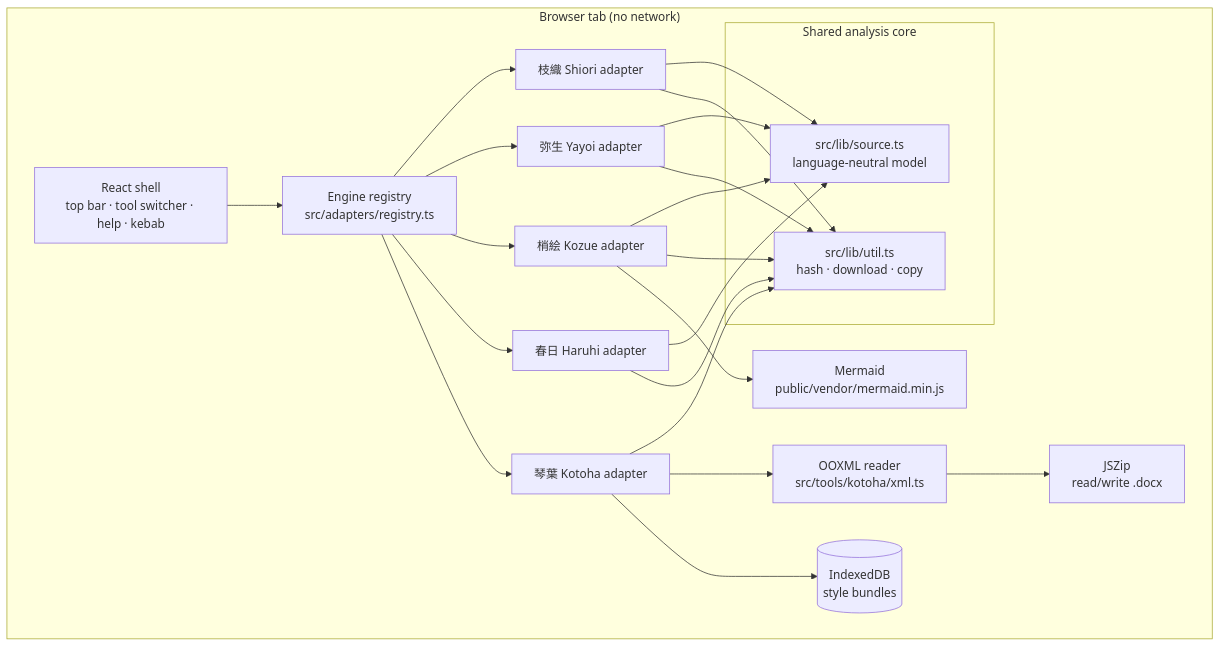
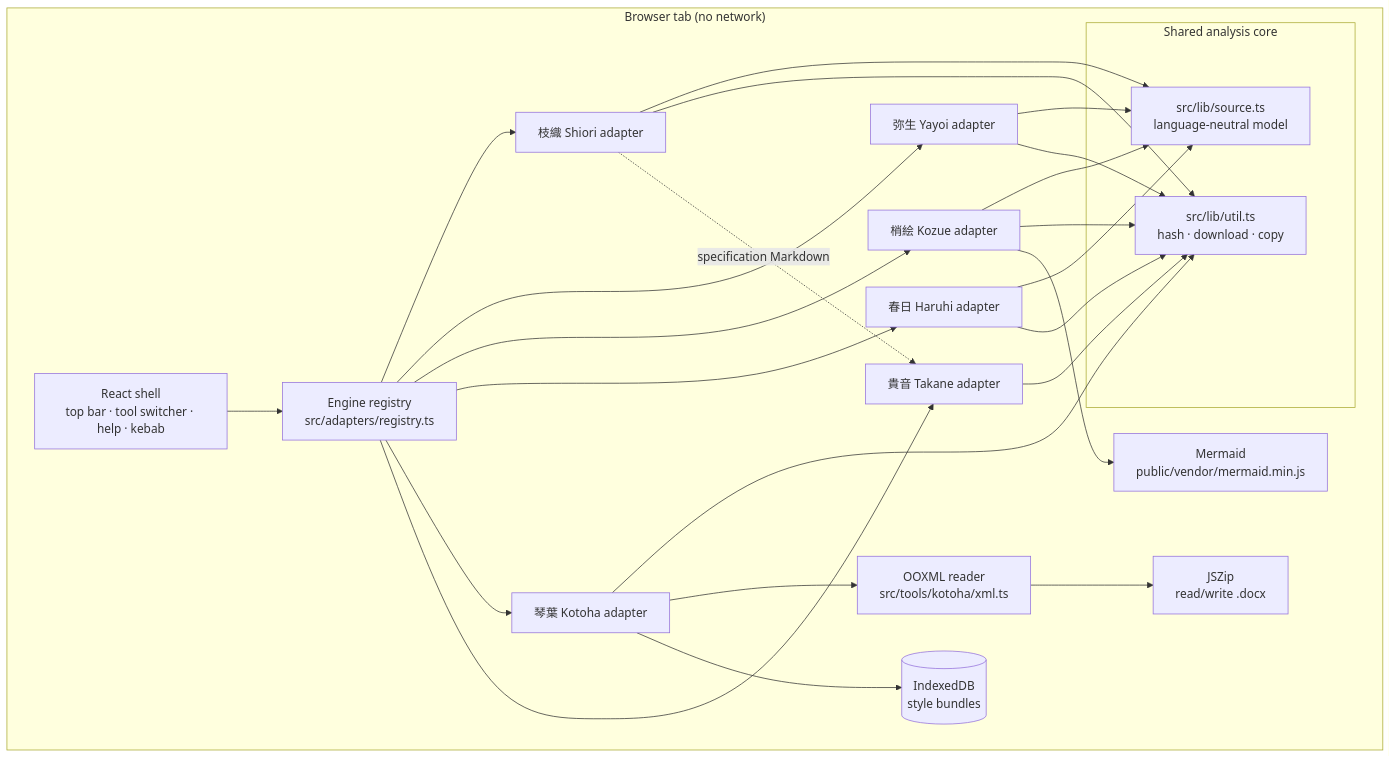
One commit to HyangDan2/ADOP0001 changed the first of 6 diagrams in ARCHITECTURE.md. Above: the diagram before and after it, drawn with Mermaid. The commit also changed other lines of this file and 30 other files, not shown here.

````diff
--- a/ARCHITECTURE.md
+++ b/ARCHITECTURE.md
@@ -14,27 +28,29 @@
 ```mermaid
 flowchart TB
   subgraph Browser["Browser tab (no network)"]
     UI[React shell<br/>top bar · tool switcher · help · kebab]
     Registry[Engine registry<br/>src/adapters/registry.ts]
     subgraph Core["Shared analysis core"]
       Parser[src/lib/source.ts<br/>language-neutral model]
       Util[src/lib/util.ts<br/>hash · download · copy]
     end
     S1[枝織 Shiori adapter]
     S2[弥生 Yayoi adapter]
     S3[梢絵 Kozue adapter]
     S4[春日 Haruhi adapter]
     S5[琴葉 Kotoha adapter]
+    S6[貴音 Takane adapter]
     XML[OOXML reader<br/>src/tools/kotoha/xml.ts]
     ZIP[JSZip<br/>read/write .docx]
     IDB[(IndexedDB<br/>style bundles)]
     MER[Mermaid<br/>public/vendor/mermaid.min.js]
   end
   UI --> Registry
-  Registry --> S1 & S2 & S3 & S4 & S5
+  Registry --> S1 & S2 & S3 & S4 & S5 & S6
   S1 & S2 & S3 & S4 --> Parser
-  S1 & S2 & S3 & S4 & S5 --> Util
+  S1 & S2 & S3 & S4 & S5 & S6 --> Util
+  S1 -.specification Markdown.-> S6
   S5 --> XML --> ZIP
   S5 --> IDB
   S3 --> MER
 ```
````
